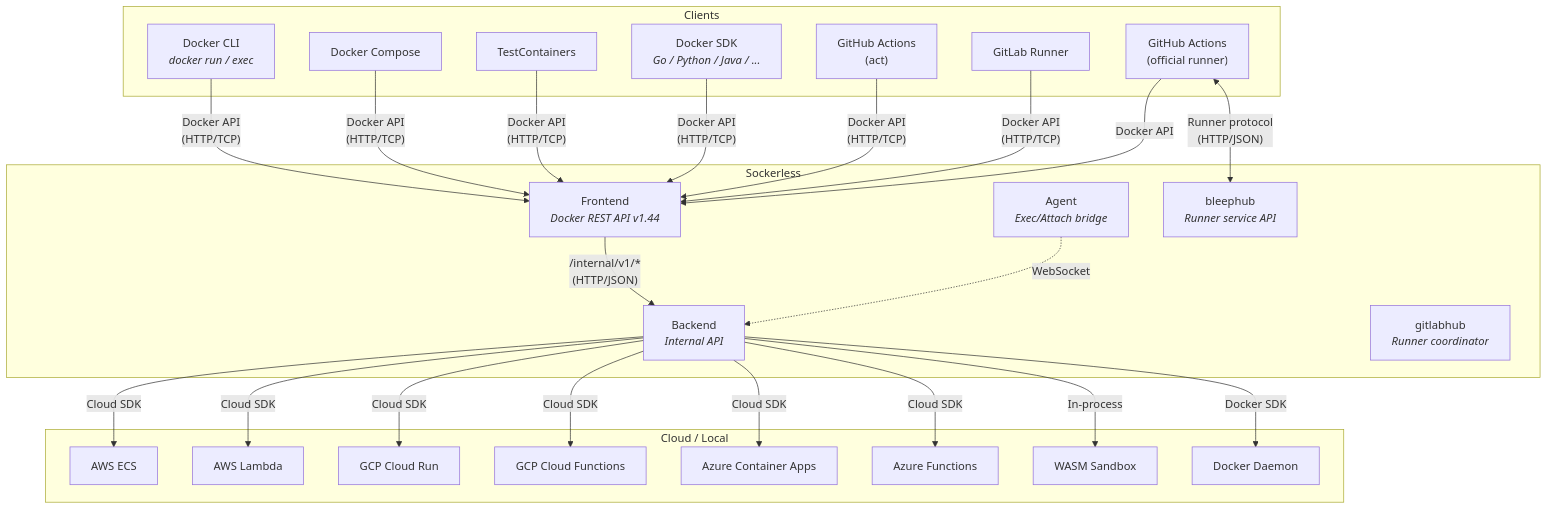
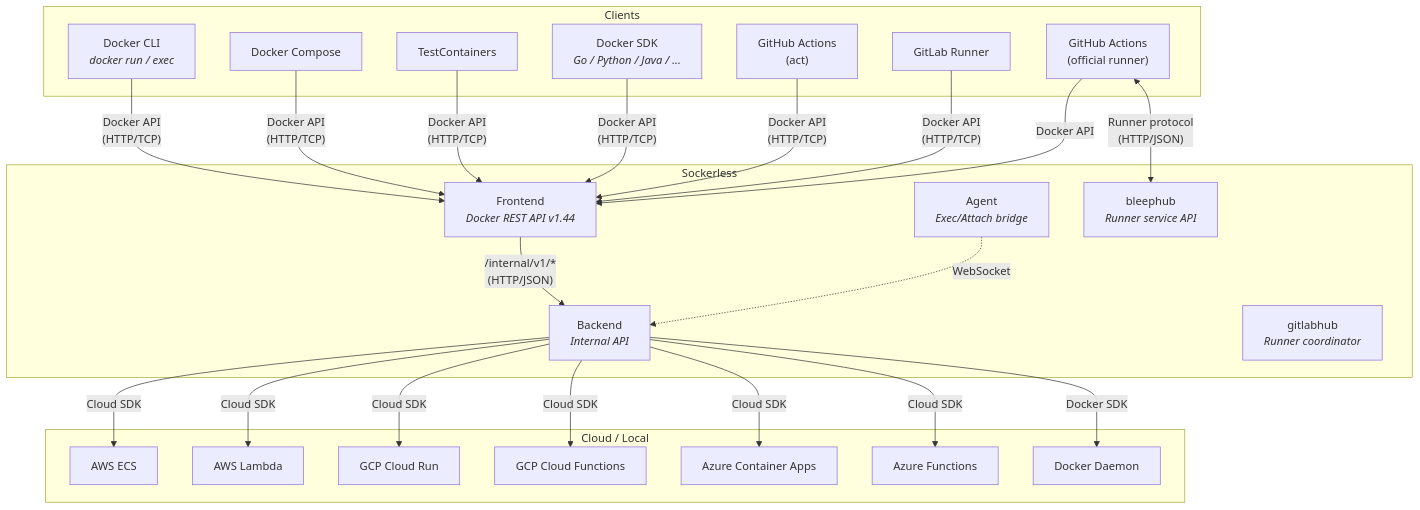
The first of 13 diagrams in ARCHITECTURE.md (e6qu/sockerless), drawn with Mermaid before and after one commit. The commit also changed other lines of this file and 9 other files, not shown here.

````diff
--- a/ARCHITECTURE.md
+++ b/ARCHITECTURE.md
@@ -9,40 +9,38 @@
 ```mermaid
 graph TB
     subgraph Clients
         CLI["Docker CLI<br/><i>docker run / exec</i>"]
         COMPOSE["Docker Compose"]
         TC["TestContainers"]
         SDK["Docker SDK<br/><i>Go / Python / Java / ...</i>"]
         ACT["GitHub Actions<br/>(act)"]
         GHR["GitHub Actions<br/>(official runner)"]
         GLR["GitLab Runner"]
     end
 
     subgraph Sockerless
         FE["Frontend<br/><i>Docker REST API v1.44</i>"]
         BE["Backend<br/><i>Internal API</i>"]
         AG["Agent<br/><i>Exec/Attach bridge</i>"]
         BPH["bleephub<br/><i>Runner service API</i>"]
         GLH["gitlabhub<br/><i>Runner coordinator</i>"]
     end
 
     subgraph "Cloud / Local"
         ECS["AWS ECS"]
         LAM["AWS Lambda"]
         CR["GCP Cloud Run"]
         GCF["GCP Cloud Functions"]
         ACA["Azure Container Apps"]
         AZF["Azure Functions"]
-        WASM["WASM Sandbox"]
         DOCK["Docker Daemon"]
     end
 
     CLI & COMPOSE & TC & SDK & ACT & GLR -->|"Docker API<br/>(HTTP/TCP)"| FE
     GHR -->|"Docker API"| FE
     GHR <-->|"Runner protocol<br/>(HTTP/JSON)"| BPH
     FE -->|"/internal/v1/*<br/>(HTTP/JSON)"| BE
     BE -->|"Cloud SDK"| ECS & LAM & CR & GCF & ACA & AZF
-    BE -->|"In-process"| WASM
     BE -->|"Docker SDK"| DOCK
     AG -.->|"WebSocket"| BE
 ```
````
